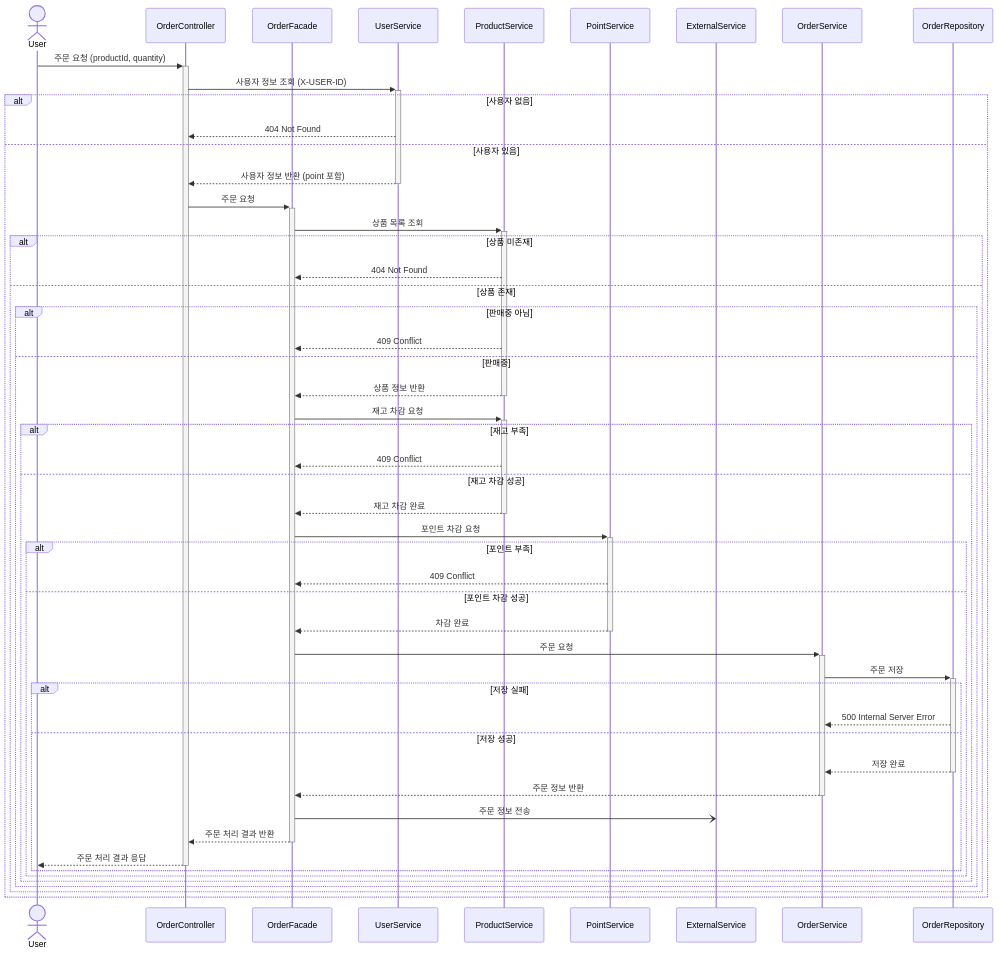
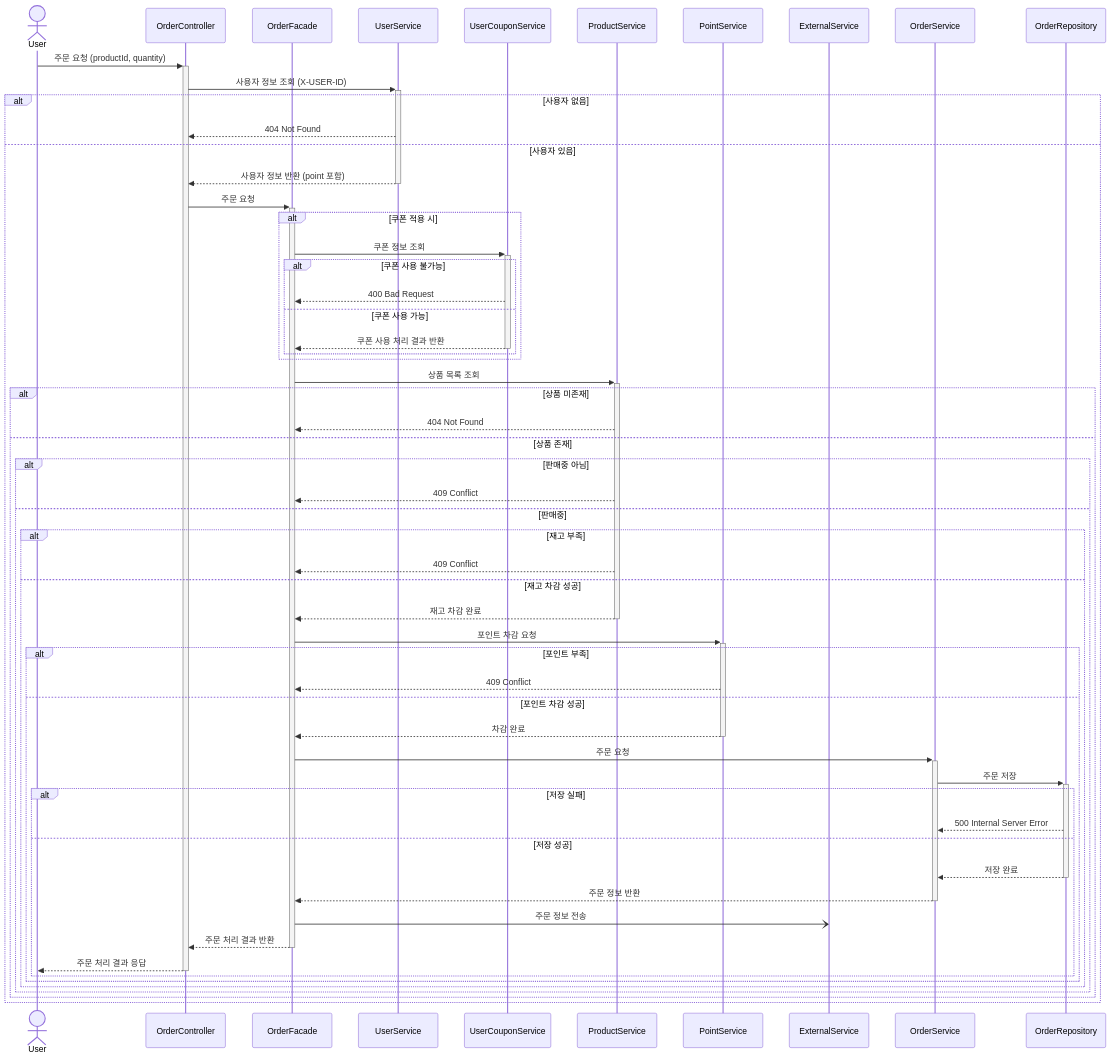
One commit to hyunn12/e-commerce-project changed the second of 2 diagrams in docs/design/02-sequence-diagrams.md. Above: the diagram before and after it, drawn with Mermaid. The commit also changed 2 other files, not shown here.

Commit message:
docs: 설계문서 현행화

````diff
--- a/docs/design/02-sequence-diagrams.md
+++ b/docs/design/02-sequence-diagrams.md
@@ -44,59 +44,68 @@
 ```mermaid
 sequenceDiagram
     actor U as User
     participant OC as OrderController
     participant OF as OrderFacade
     participant US as UserService
+    participant CS as UserCouponService
     participant PS as ProductService
     participant PTS as PointService
     participant ES as ExternalService
     participant OS as OrderService
     participant OR as OrderRepository
 
     U ->>+ OC: 주문 요청 (productId, quantity)
     OC ->>+ US: 사용자 정보 조회 (X-USER-ID)
 
     alt 사용자 없음
         US -->> OC: 404 Not Found
     else 사용자 있음
         US -->>- OC: 사용자 정보 반환 (point 포함)
         OC ->>+ OF: 주문 요청
+        
+        alt 쿠폰 적용 시
+            OF ->>+ CS: 쿠폰 정보 조회
+            
+            alt 쿠폰 사용 불가능
+                CS -->> OF: 400 Bad Request
+            else 쿠폰 사용 가능
+                CS -->>- OF: 쿠폰 사용 처리 결과 반환
+            end
+        end
+        
         OF ->>+ PS: 상품 목록 조회
 
         alt 상품 미존재
             PS -->> OF: 404 Not Found
         else 상품 존재
             alt 판매중 아님
                 PS -->> OF: 409 Conflict
             else 판매중
-                PS -->>- OF: 상품 정보 반환
-                OF ->>+ PS: 재고 차감 요청
-                
                 alt 재고 부족
                     PS -->> OF: 409 Conflict
                 else 재고 차감 성공
                     PS -->>- OF: 재고 차감 완료
                     OF ->>+ PTS: 포인트 차감 요청
 
                     alt 포인트 부족
                         PTS -->> OF: 409 Conflict
                     else 포인트 차감 성공
                         PTS -->>- OF: 차감 완료
                         OF ->>+ OS: 주문 요청
                         OS ->>+ OR: 주문 저장
 
                         alt 저장 실패
                             OR -->> OS: 500 Internal Server Error
                         else 저장 성공
                             OR -->>- OS: 저장 완료
                             OS -->>- OF: 주문 정보 반환
                             OF -) ES: 주문 정보 전송
                             OF -->>- OC: 주문 처리 결과 반환
                             OC -->>- U: 주문 처리 결과 응답
                         end
                     end
                 end
             end
         end
     end
 ```
````
